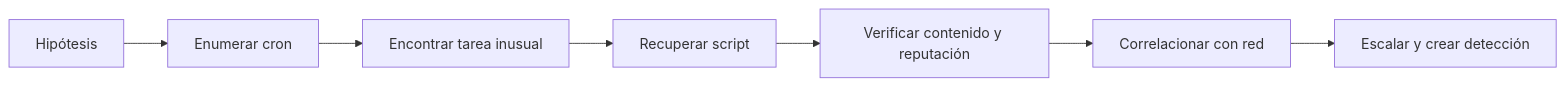
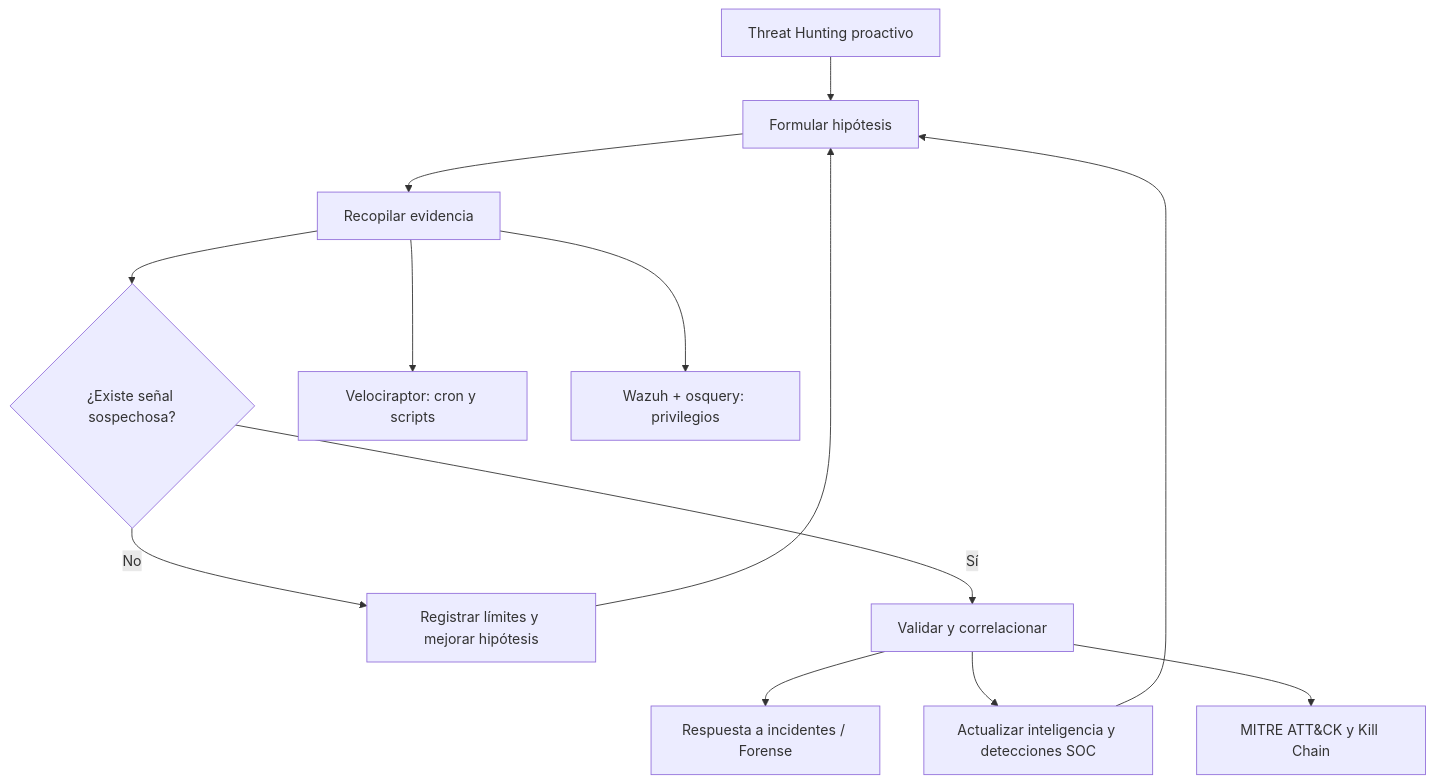
The diagram in 04-threat-hunting/README.md (devfab17/blue-team-fundamentals-btf), drawn with Mermaid before and after one commit. The commit also changed other lines of this file, not shown here.

Commit message:
docs: complete threat hunting module index for all 71 pages

````diff
--- a/04-threat-hunting/README.md
+++ b/04-threat-hunting/README.md
@@ -18,9 +17,15 @@
 ```mermaid
-flowchart LR
-  A["Hipótesis"] --> B["Enumerar cron"]
-  B --> C["Encontrar tarea inusual"]
-  C --> D["Recuperar script"]
-  D --> E["Verificar contenido y reputación"]
-  E --> F["Correlacionar con red"]
-  F --> G["Escalar y crear detección"]
+flowchart TD
+ A["Threat Hunting proactivo"] --> B["Formular hipótesis"]
+ B --> C["Recopilar evidencia"]
+ C --> D{"¿Existe señal sospechosa?"}
+ D -->|"No"| E["Registrar límites y mejorar hipótesis"]
+ E --> B
+ D -->|"Sí"| F["Validar y correlacionar"]
+ F --> G["Respuesta a incidentes / Forense"]
+ F --> H["Actualizar inteligencia y detecciones SOC"]
+ H --> B
+ C --> I["Velociraptor: cron y scripts"]
+ C --> J["Wazuh + osquery: privilegios"]
+ F --> K["MITRE ATT&CK y Kill Chain"]
 ```
````
